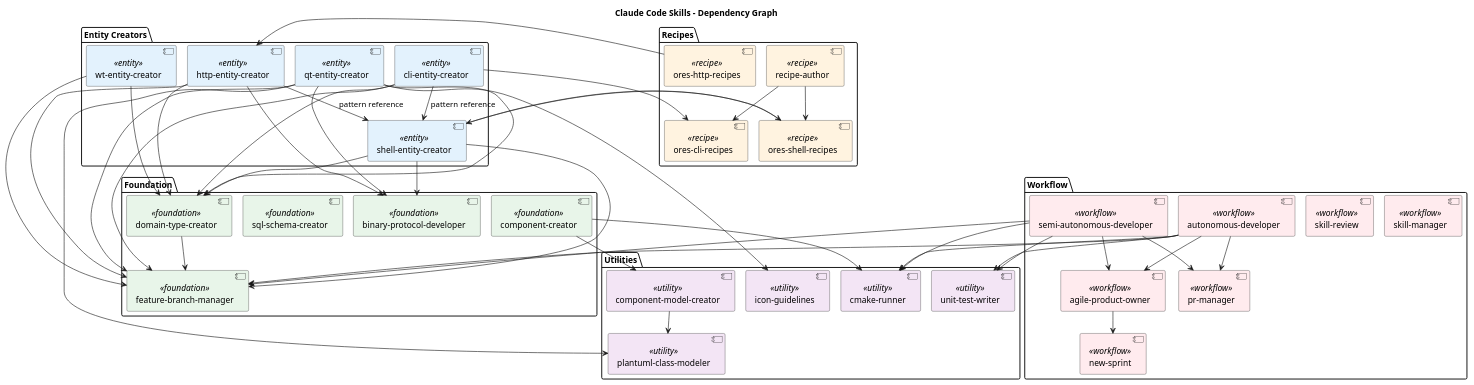
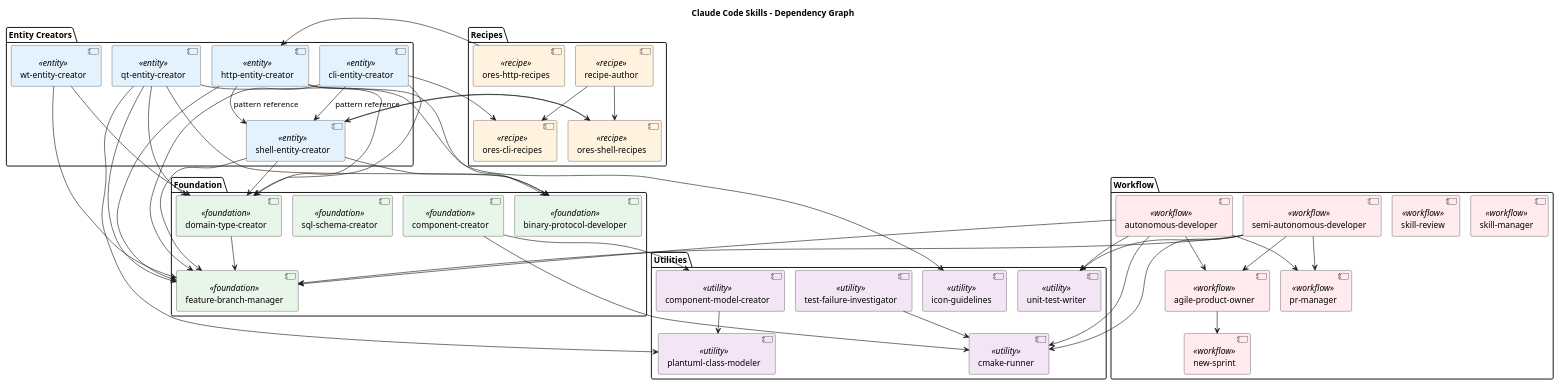
Before and after one commit to OreStudio/OreStudio: the diagram in doc/skills/modeling/skill_dependencies.puml, drawn with PlantUML. The commit also changed 9 other files, not shown here.

```diff
--- a/doc/skills/modeling/skill_dependencies.puml
+++ b/doc/skills/modeling/skill_dependencies.puml
@@ -17,141 +17,143 @@
 @startuml skill_dependencies
 !pragma layout smetana
 
 title Claude Code Skills - Dependency Graph
 
 ' Styling
 skinparam component {
     BackgroundColor<<foundation>> #E8F5E9
     BackgroundColor<<entity>> #E3F2FD
     BackgroundColor<<recipe>> #FFF3E0
     BackgroundColor<<utility>> #F3E5F5
     BackgroundColor<<workflow>> #FFEBEE
 }
 
 ' =============================================================================
 ' Foundation Skills
 ' Skills that provide core functionality used by many other skills
 ' =============================================================================
 package "Foundation" {
     [domain-type-creator] <<foundation>> as dtc
     [binary-protocol-developer] <<foundation>> as bpd
     [feature-branch-manager] <<foundation>> as fbm
     [sql-schema-creator] <<foundation>> as ssc
     [component-creator] <<foundation>> as cc
 }
 
 ' =============================================================================
 ' Entity Creator Skills
 ' Skills for creating entity support across different layers
 ' =============================================================================
 package "Entity Creators" {
     [qt-entity-creator] <<entity>> as qt
     [shell-entity-creator] <<entity>> as shell
     [http-entity-creator] <<entity>> as http
     [cli-entity-creator] <<entity>> as cli
     [wt-entity-creator] <<entity>> as wt
 }
 
 ' =============================================================================
 ' Recipe Skills
 ' Skills for maintaining executable documentation
 ' =============================================================================
 package "Recipes" {
     [recipe-author] <<recipe>> as ra
     [ores-shell-recipes] <<recipe>> as osr
     [ores-cli-recipes] <<recipe>> as ocr
     [ores-http-recipes] <<recipe>> as ohr
 }
 
 ' =============================================================================
 ' Utility Skills
 ' Supporting skills for specific tasks
 ' =============================================================================
 package "Utilities" {
     [icon-guidelines] <<utility>> as icon
     [plantuml-class-modeler] <<utility>> as puml
     [cmake-runner] <<utility>> as cmake
     [unit-test-writer] <<utility>> as utw
     [component-model-creator] <<utility>> as cmc
+    [test-failure-investigator] <<utility>> as tfi
 }
 
 ' =============================================================================
 ' Workflow Skills
 ' Skills for development workflow and process
 ' =============================================================================
 package "Workflow" {
     [agile-product-owner] <<workflow>> as apo
     [new-sprint] <<workflow>> as ns
     [skill-manager] <<workflow>> as sm
     [skill-review] <<workflow>> as sr
     [pr-manager] <<workflow>> as prm
     [autonomous-developer] <<workflow>> as ad
     [semi-autonomous-developer] <<workflow>> as sad
 }
 
 ' =============================================================================
 ' Dependencies
 ' Arrows show "references" relationship (A --> B means A references B)
 ' =============================================================================
 
 ' Foundation internal
 dtc --> fbm
 cc --> cmc
 cc --> cmake
 
 ' Qt entity creator dependencies
 qt --> dtc
 qt --> bpd
 qt --> fbm
 qt --> icon
 qt --> puml
 
 ' Shell entity creator dependencies
 shell --> dtc
 shell --> bpd
 shell --> fbm
 shell --> osr
 
 ' HTTP entity creator dependencies
 http --> dtc
 http --> bpd
 http --> fbm
 http --> shell : "pattern reference"
 
 ' CLI entity creator dependencies
 cli --> dtc
 cli --> fbm
 cli --> ocr
 cli --> shell : "pattern reference"
 
 ' Wt entity creator dependencies
 wt --> dtc
 wt --> fbm
 
 ' Recipe skill dependencies
 ra --> osr
 ra --> ocr
 osr --> shell
 ohr --> http
 
 ' Workflow dependencies
 apo --> ns
 
 ' Autonomous developer dependencies
 ad --> apo
 ad --> prm
 ad --> fbm
 ad --> cmake
 ad --> utw
 
 ' Semi-autonomous developer dependencies
 sad --> apo
 sad --> prm
 sad --> fbm
 sad --> cmake
 sad --> utw
 
 ' Utility dependencies
 cmc --> puml
+tfi --> cmake
 
 @enduml
```
